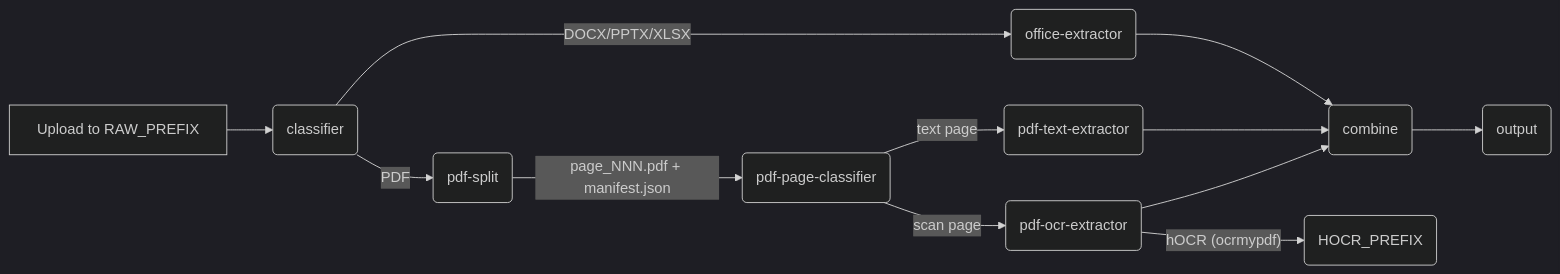
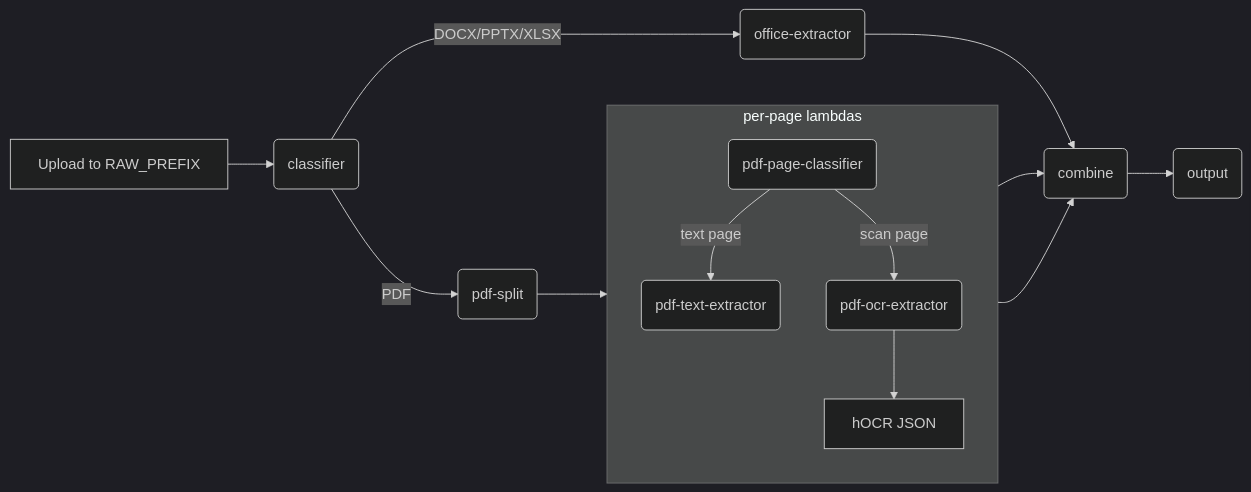
One commit to ksinha49/ai-workloads changed the first of 2 diagrams in services/idp/README.md. Above: the diagram before and after it, drawn with Mermaid (dark theme).

````diff
--- a/services/idp/README.md
+++ b/services/idp/README.md
@@ -46,14 +46,17 @@
 ```mermaid
 flowchart LR
     A["Upload to RAW_PREFIX"] --> B(classifier)
     B -- "DOCX/PPTX/XLSX" --> C(office-extractor)
     B -- "PDF" --> D(pdf-split)
-    D -- "page_NNN.pdf + manifest.json" --> E(pdf-page-classifier)
-    E -- "text page" --> F(pdf-text-extractor)
-    E -- "scan page" --> G(pdf-ocr-extractor)
+    D --> E(pdf-page-classifier)
+    subgraph "per-page lambdas"
+        direction TB
+        E -- "text page" --> F(pdf-text-extractor)
+        E -- "scan page" --> G(pdf-ocr-extractor)
+        G --> J[hOCR JSON]
+    end
     C --> H(combine)
     F --> H
     G --> H
-    G -- "hOCR (ocrmypdf)" --> J(HOCR_PREFIX)
     H --> I(output)
 ```
````
